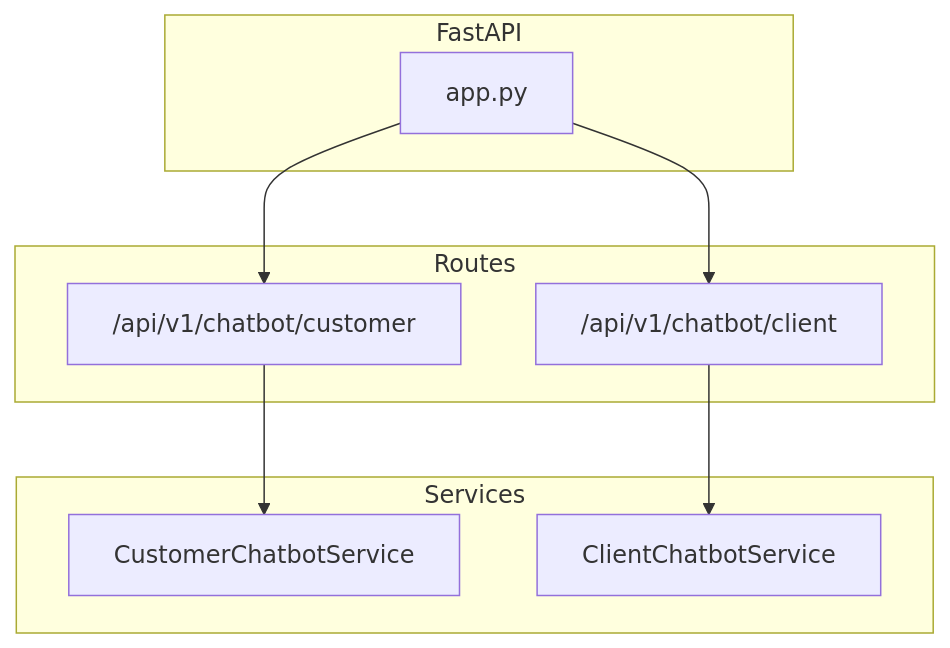
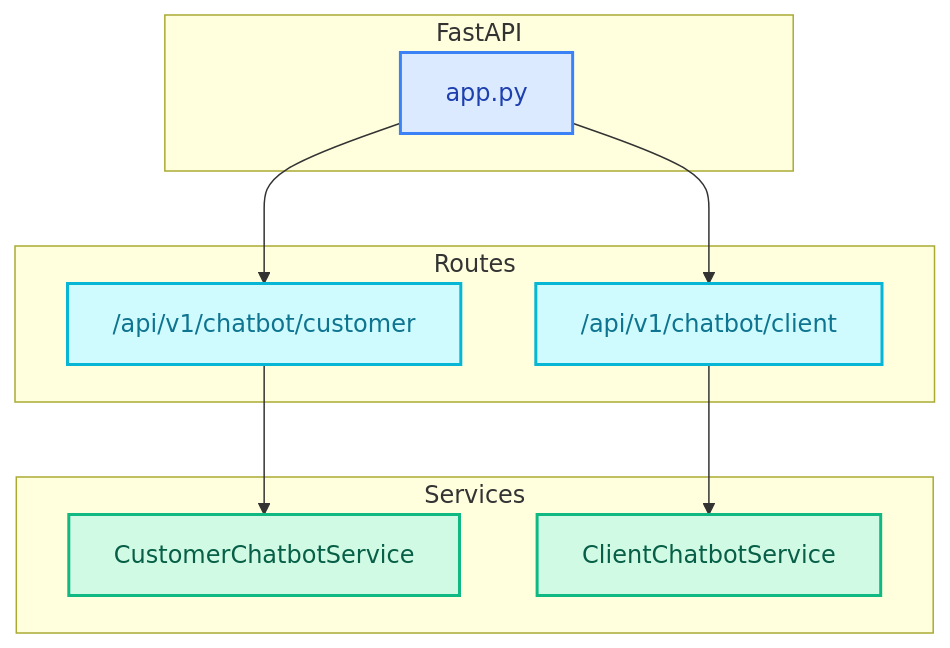
The diagram in docs/assets/diagrams/api/api_README_1.mmd (mhokchuekchuek/mtl_agent), drawn with Mermaid before and after one commit. The commit also changed 92 other files, not shown here.

```diff
--- a/docs/assets/diagrams/api/api_README_1.mmd
+++ b/docs/assets/diagrams/api/api_README_1.mmd
@@ -1,19 +1,27 @@
 flowchart TD
     subgraph FastAPI
         A[app.py]
     end
 
     subgraph Routes
         R1["/api/v1/chatbot/customer"]
         R2["/api/v1/chatbot/client"]
     end
 
     subgraph Services
         S1[CustomerChatbotService]
         S2[ClientChatbotService]
     end
 
     A --> R1
     A --> R2
     R1 --> S1
     R2 --> S2
+
+    classDef api fill:#dbeafe,stroke:#3b82f6,stroke-width:2px,color:#1e40af
+    classDef route fill:#cffafe,stroke:#06b6d4,stroke-width:2px,color:#0e7490
+    classDef service fill:#d1fae5,stroke:#10b981,stroke-width:2px,color:#065f46
+
+    class A api
+    class R1,R2 route
+    class S1,S2 service
```
